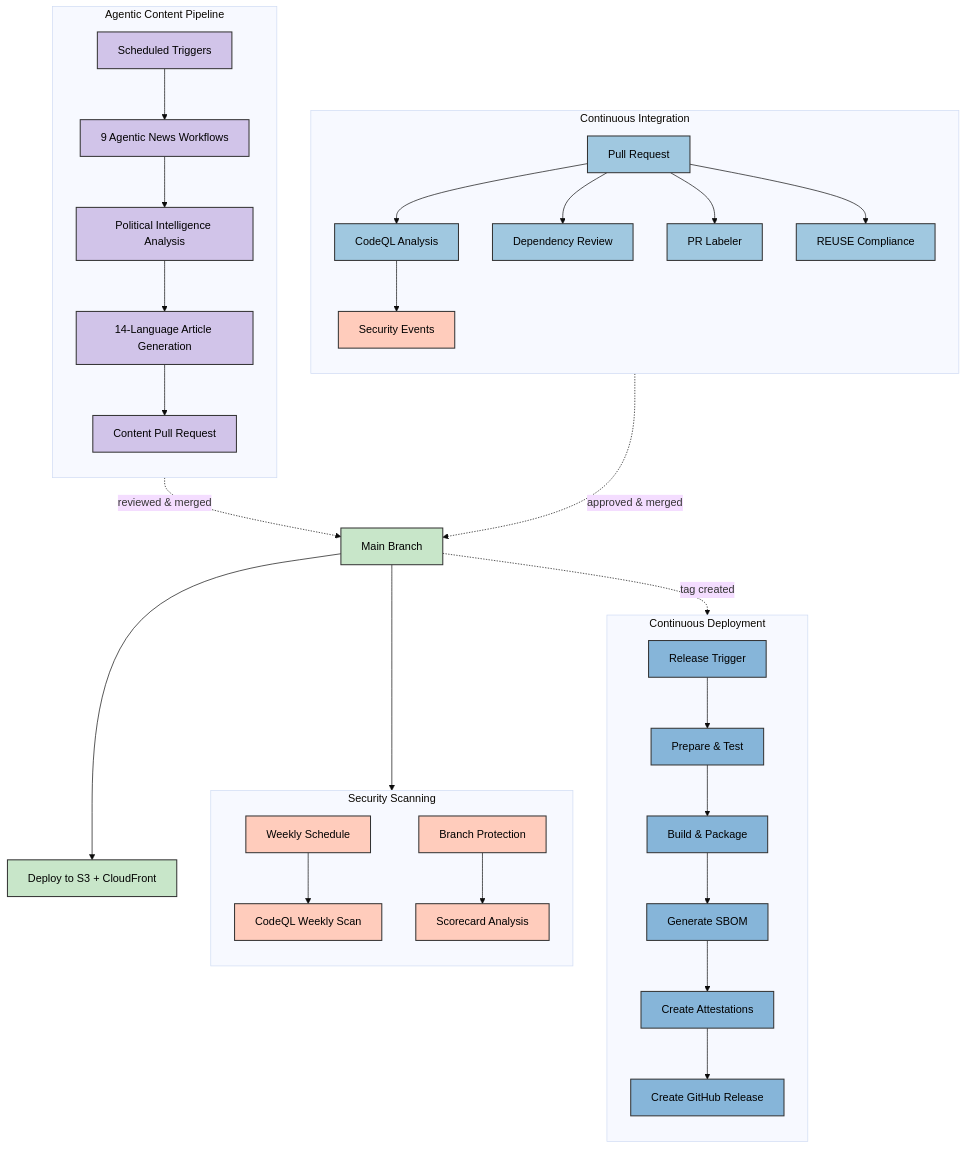
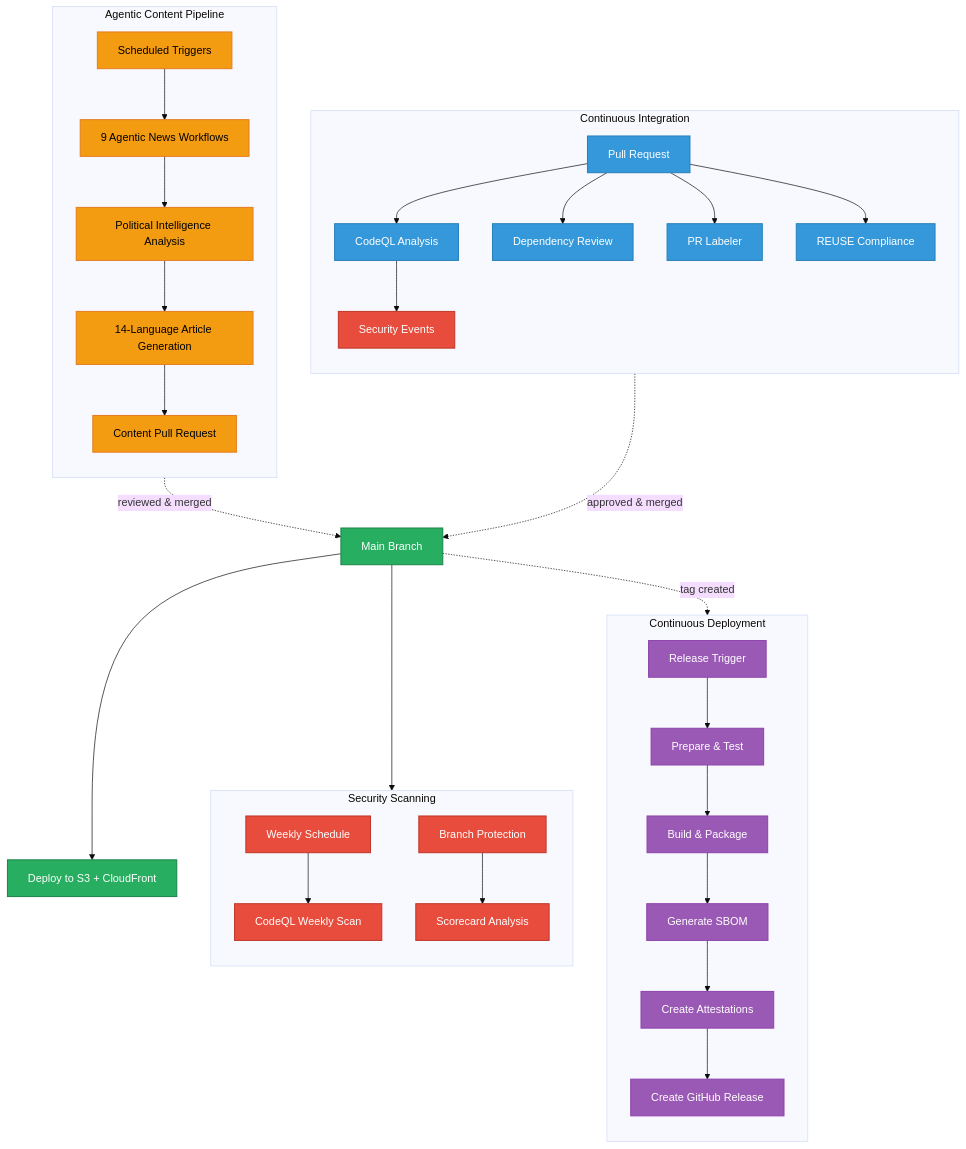
One commit to Hack23/euparliamentmonitor changed the second of 16 diagrams in WORKFLOWS.md. Above: the diagram before and after it, drawn with Mermaid (base theme). The commit also changed other lines of this file, not shown here.

First line of the commit message:
Apply review feedback: standardize Mermaid color palette, fix hardening measure accuracy

````diff
--- a/WORKFLOWS.md
+++ b/WORKFLOWS.md
@@ -165,52 +164,52 @@
 ```mermaid
 flowchart TB
     subgraph "Continuous Integration"
         direction TB
         PR[Pull Request] --> CodeQLScan[CodeQL Analysis]
         PR --> DependencyReview[Dependency Review]
         PR --> Labeler[PR Labeler]
         PR --> REUSECheck[REUSE Compliance]
         CodeQLScan --> SecurityEvents[Security Events]
     end
 
     subgraph "Agentic Content Pipeline"
         direction TB
         Schedule1[Scheduled Triggers] --> AgenticNews[9 Agentic News Workflows]
         AgenticNews --> Analysis[Political Intelligence Analysis]
         Analysis --> Articles[14-Language Article Generation]
         Articles --> ContentPR[Content Pull Request]
     end
 
     subgraph "Continuous Deployment"
         direction TB
         Release[Release Trigger] --> BuildTest[Prepare & Test]
         BuildTest --> BuildPackage[Build & Package]
         BuildPackage --> GenerateSBOM[Generate SBOM]
         GenerateSBOM --> Attestations[Create Attestations]
         Attestations --> CreateRelease[Create GitHub Release]
     end
 
     subgraph "Security Scanning"
         direction TB
         Weekly[Weekly Schedule] --> WeeklyScan[CodeQL Weekly Scan]
         BranchProtection[Branch Protection] --> Scorecard[Scorecard Analysis]
     end
 
     PR -.-> |"approved & merged"| main[Main Branch]
     ContentPR -.-> |"reviewed & merged"| main
     main --> Scorecard
     main --> DeployS3[Deploy to S3 + CloudFront]
     main -.-> |"tag created"| Release
 
-    classDef integration fill:#a0c8e0,stroke:#333,stroke-width:1.5px,color:black
-    classDef deployment fill:#86b5d9,stroke:#333,stroke-width:1.5px,color:black
-    classDef process fill:#c8e6c9,stroke:#333,stroke-width:1.5px,color:black
-    classDef agentic fill:#d1c4e9,stroke:#333,stroke-width:1.5px,color:black
-    classDef security fill:#ffccbc,stroke:#333,stroke-width:1.5px,color:black
+    classDef trigger fill:#3498db,stroke:#2980b9,stroke-width:1.5px,color:white
+    classDef process fill:#9b59b6,stroke:#8e44ad,stroke-width:1.5px,color:white
+    classDef success fill:#27ae60,stroke:#1e8449,stroke-width:1.5px,color:white
+    classDef decision fill:#f39c12,stroke:#e67e22,stroke-width:1.5px,color:black
+    classDef security fill:#e74c3c,stroke:#c0392b,stroke-width:1.5px,color:white
 
-    class PR,CodeQLScan,DependencyReview,Labeler,REUSECheck integration
-    class Release,BuildTest,BuildPackage,GenerateSBOM,Attestations,CreateRelease deployment
-    class main,DeployS3 process
-    class Schedule1,AgenticNews,Analysis,Articles,ContentPR agentic
+    class PR,CodeQLScan,DependencyReview,Labeler,REUSECheck trigger
+    class Release,BuildTest,BuildPackage,GenerateSBOM,Attestations,CreateRelease process
+    class main,DeployS3 success
+    class Schedule1,AgenticNews,Analysis,Articles,ContentPR decision
     class SecurityEvents,Weekly,WeeklyScan,BranchProtection,Scorecard security
 ```
````
